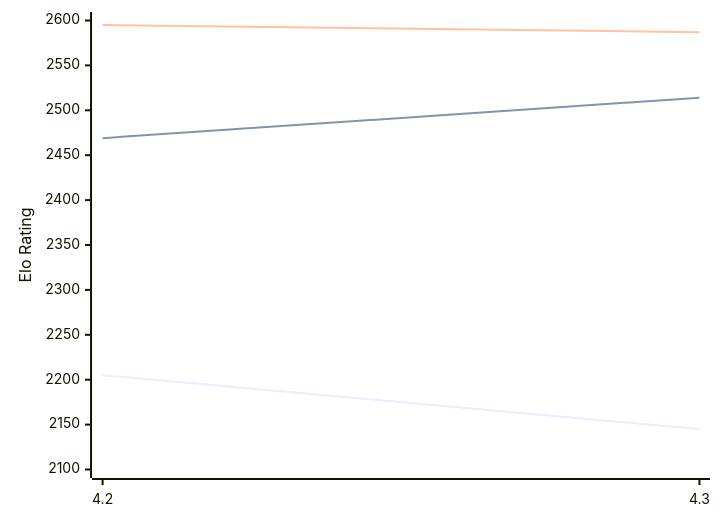
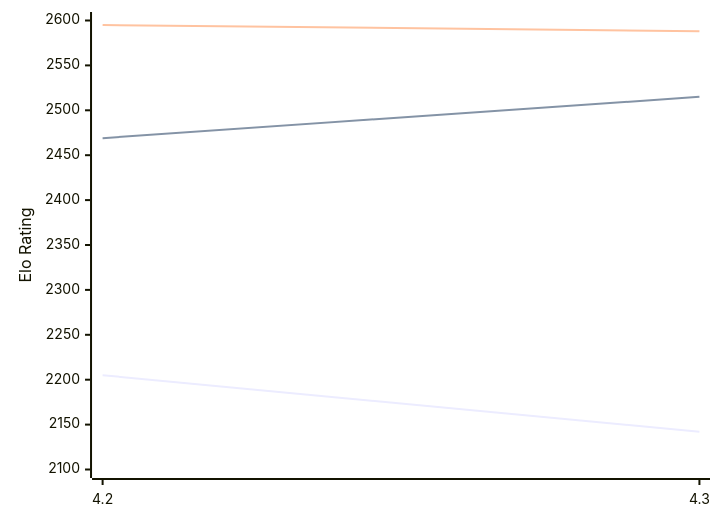
Before and after one commit to computer-chess-index/cci: the diagram in engines/Eubos.md, drawn with Mermaid. The commit also changed other lines of this file, not shown here.

Commit message:
Update CCI Ratings (ELO VLTC) - 2026-02-11

````diff
--- a/engines/Eubos.md
+++ b/engines/Eubos.md
@@ -85,9 +85,9 @@
 ```mermaid
 %%{init: {"theme":"base","themeVariables":{"seriesColors:['#a3a3a3','#222221','#faa371']}}}%%
 xychart-beta
   x-axis ["4.2", "4.3"]
   y-axis "Elo Rating" 2100 --> 2600
-  line "STC (8.0+0.08s)" [2205, 2145]
-  line "LTC (60.0+0.60s)" [2469, 2514]
-  line "VLTC (2m24s+1.12s)" [2595, 2587]
+  line "STC (8.0+0.08s)" [2205, 2142]
+  line "LTC (60.0+0.60s)" [2469, 2515]
+  line "VLTC (2m24s+1.12s)" [2595, 2588]
 ```
````
